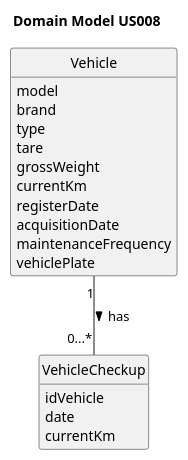
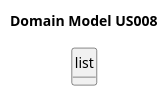
The diagram in docs/sprintB/us008/02.analysis/puml/us008-domain-model.puml (RicardoMorim/lapr2-ISEP-Project), drawn with PlantUML before and after one commit. The commit also changed 9 other files, not shown here.

```diff
--- a/docs/sprintB/us008/02.analysis/puml/us008-domain-model.puml
+++ b/docs/sprintB/us008/02.analysis/puml/us008-domain-model.puml
@@ -1,34 +1,17 @@
 @startuml
 skinparam monochrome true
 skinparam packageStyle rectangle
 skinparam shadowing false
 
 skinparam classAttributeIconSize 0
 
 hide circle
 hide methods
 
 title Domain Model US008
 
-class VehicleCheckup {
-    idVehicle
-    date
-    currentKm
+class list {
+
 }
 
-class Vehicle {
-    model
-    brand
-    type
-    tare
-    grossWeight
-    currentKm
-    registerDate
-    acquisitionDate
-    maintenanceFrequency
-    vehiclePlate
-}
-
-Vehicle "1" -- "0...*" VehicleCheckup: has >
-
 @enduml
```
